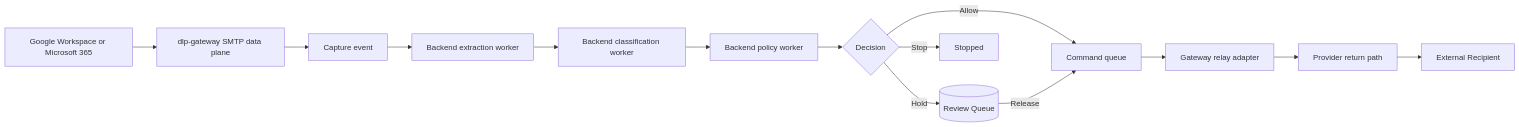
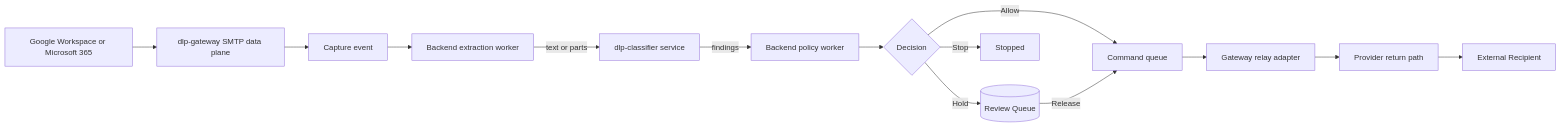
Before and after one commit to Himaya-AI/himaya-prod-azure: the first of 4 diagrams in docs/DLP_BACKEND_IMPLEMENTATION_ROADMAP.md, drawn with Mermaid. The commit also changed other lines of this file and 4 other files, not shown here.

````diff
--- a/docs/DLP_BACKEND_IMPLEMENTATION_ROADMAP.md
+++ b/docs/DLP_BACKEND_IMPLEMENTATION_ROADMAP.md
@@ -36,30 +36,30 @@
 ```mermaid
 flowchart LR
     Provider[Google Workspace or Microsoft 365]
     Gateway[dlp-gateway SMTP data plane]
     Events[Capture event]
     Extract[Backend extraction worker]
-    Classify[Backend classification worker]
+    Classifier[dlp-classifier service]
     Evaluate[Backend policy worker]
     Decision{Decision}
     Commands[Command queue]
     Relay[Gateway relay adapter]
     ReturnPath[Provider return path]
     Hold[(Review Queue)]
     Stop[Stopped]
     Recipient[External Recipient]
 
     Provider --> Gateway
     Gateway --> Events
     Events --> Extract
-    Extract --> Classify
-    Classify --> Evaluate
+    Extract -->|text or parts| Classifier
+    Classifier -->|findings| Evaluate
     Evaluate --> Decision
     Decision -->|Allow| Commands
     Decision -->|Hold| Hold
     Decision -->|Stop| Stop
     Hold -->|Release| Commands
     Commands --> Relay
     Relay --> ReturnPath
     ReturnPath --> Recipient
 ```
````
